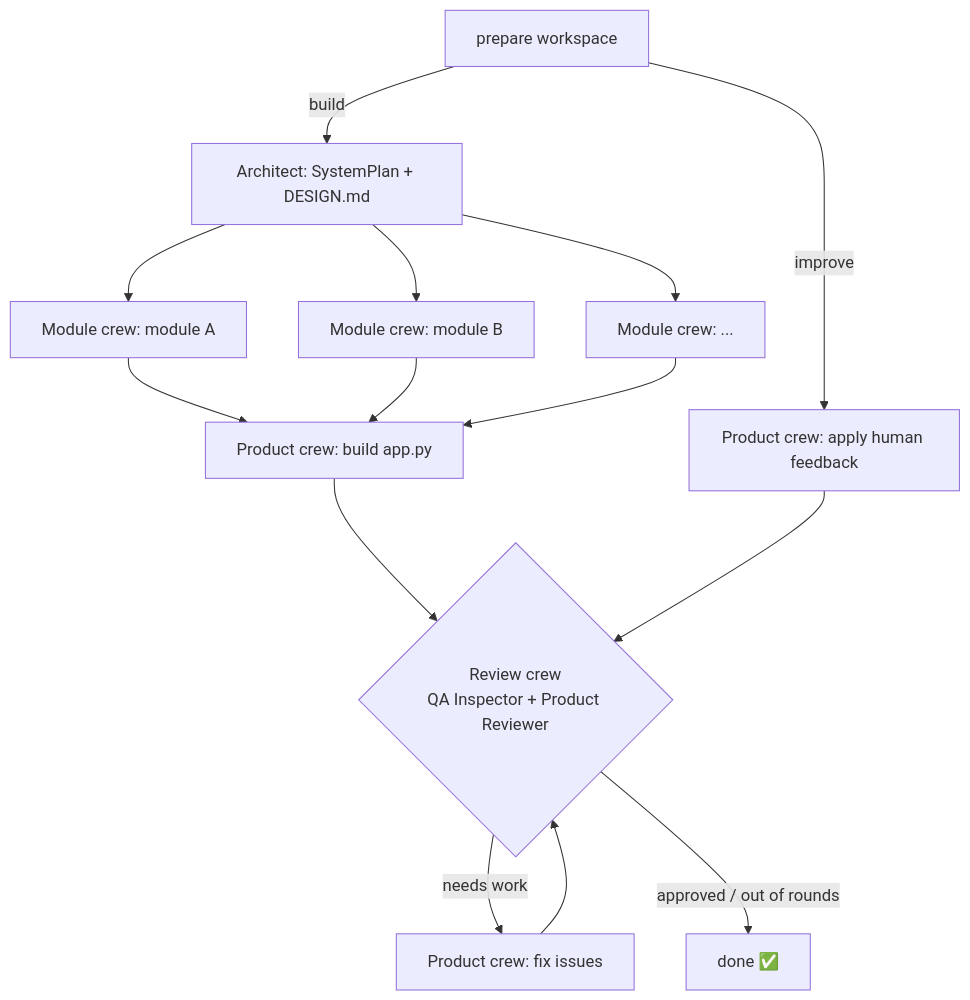
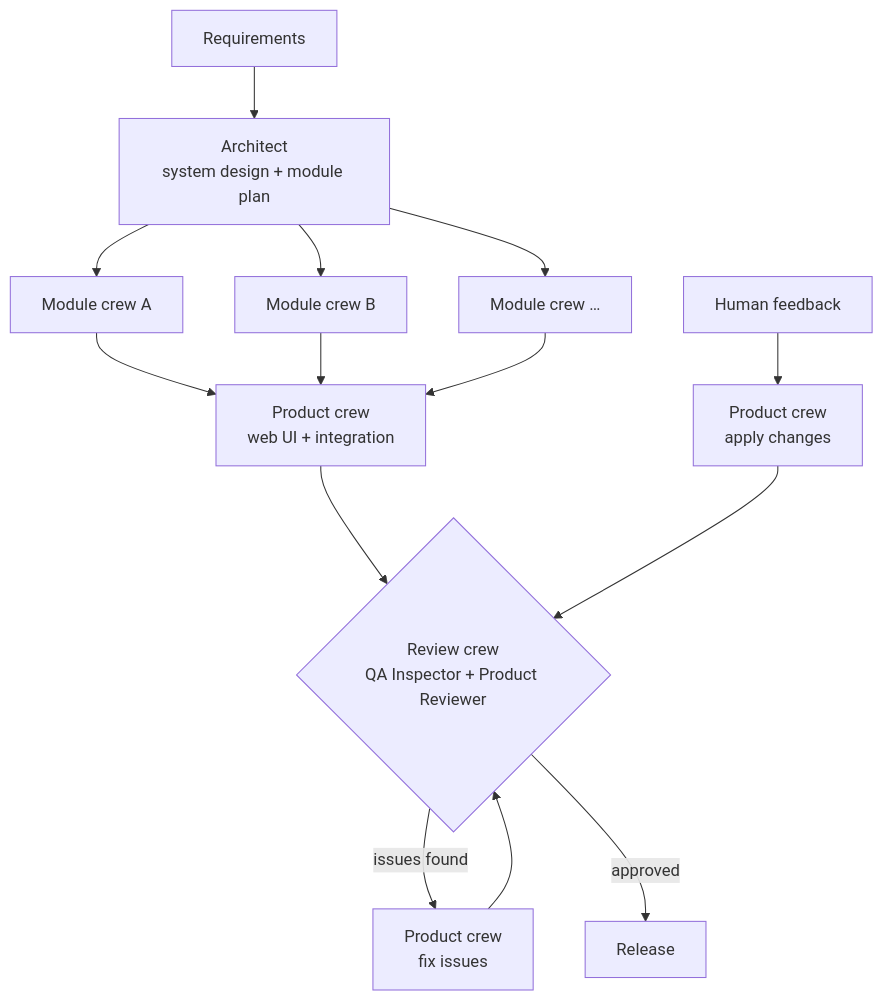
Before and after one commit to Umairr/engineering-crew-studio: the diagram in README.md, drawn with Mermaid. The commit also changed other lines of this file and 2 other files, not shown here.

````diff
--- a/README.md
+++ b/README.md
@@ -17,13 +28,12 @@
 ```mermaid
 flowchart TD
-    A[prepare workspace] -->|build| P[Architect: SystemPlan + DESIGN.md]
-    A -->|improve| H[Product crew: apply human feedback]
-    P --> M1[Module crew: module A]
-    P --> M2[Module crew: module B]
-    P --> M3[Module crew: ...]
-    M1 & M2 & M3 --> U[Product crew: build app.py]
+    A[Requirements] --> P[Architect<br/>system design + module plan]
+    P --> M1[Module crew A]
+    P --> M2[Module crew B]
+    P --> M3[Module crew …]
+    M1 & M2 & M3 --> U[Product crew<br/>web UI + integration]
     U --> R{Review crew<br/>QA Inspector + Product Reviewer}
-    H --> R
-    R -->|needs work| F[Product crew: fix issues] --> R
-    R -->|approved / out of rounds| D[done ✅]
+    R -->|issues found| F[Product crew<br/>fix issues] --> R
+    R -->|approved| D[Release]
+    H[Human feedback] --> I[Product crew<br/>apply changes] --> R
 ```
````
